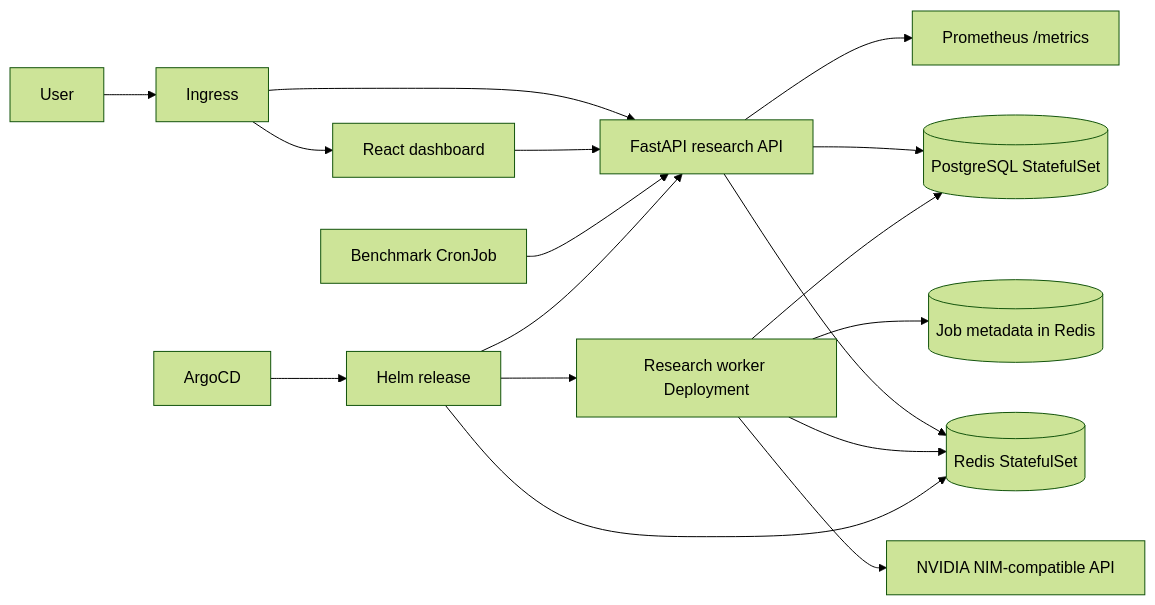
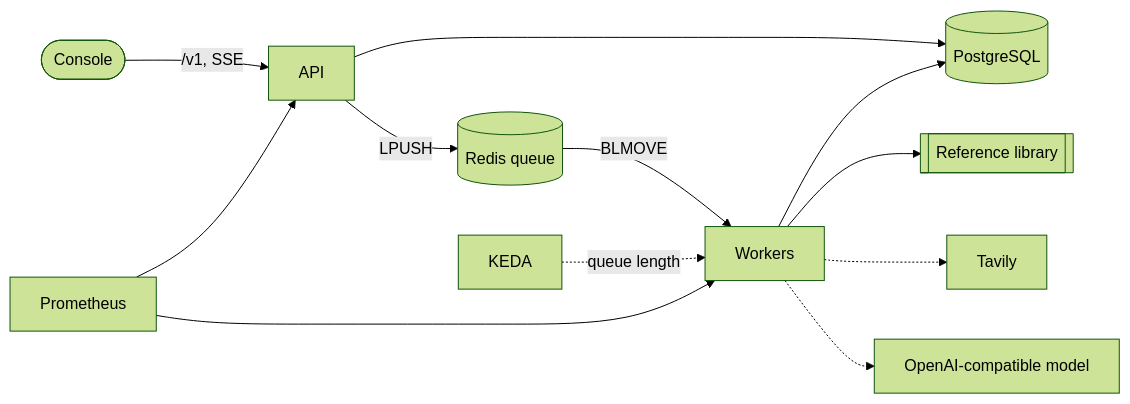
Before and after one commit to agrovr/kube-research-aiq: the diagram in README.md, drawn with Mermaid (forest theme). The commit also changed other lines of this file and 109 other files, not shown here.

First line of the commit message:
Deep-water upgrade: real research pipeline, live dive console, new identity (#1)

````diff
--- a/README.md
+++ b/README.md
@@ -34,19 +115,13 @@
 ```mermaid
 flowchart LR
-  user[User] --> ingress[Ingress]
-  ingress --> dashboard[React dashboard]
-  ingress --> api[FastAPI research API]
-  dashboard --> api
-  api --> redis[(Redis StatefulSet)]
-  api --> postgres[(PostgreSQL StatefulSet)]
-  worker[Research worker Deployment] --> redis
-  worker --> postgres
-  worker --> nim[NVIDIA NIM-compatible API]
-  worker --> store[(Job metadata in Redis)]
-  api --> metrics[Prometheus /metrics]
-  cron[Benchmark CronJob] --> api
-  argocd[ArgoCD] --> helm[Helm release]
-  helm --> api
-  helm --> worker
-  helm --> redis
+  console([Console]) -->|/v1, SSE| api[API]
+  api -->|LPUSH| redis[(Redis queue)]
+  api --> pg[(PostgreSQL)]
+  redis -->|BLMOVE| worker[Workers]
+  worker --> pg
+  worker --> library[[Reference library]]
+  worker -.-> tavily[Tavily]
+  worker -.-> model[OpenAI-compatible model]
+  keda[KEDA] -.->|queue length| worker
+  prom[Prometheus] --> api & worker
 ```
````
